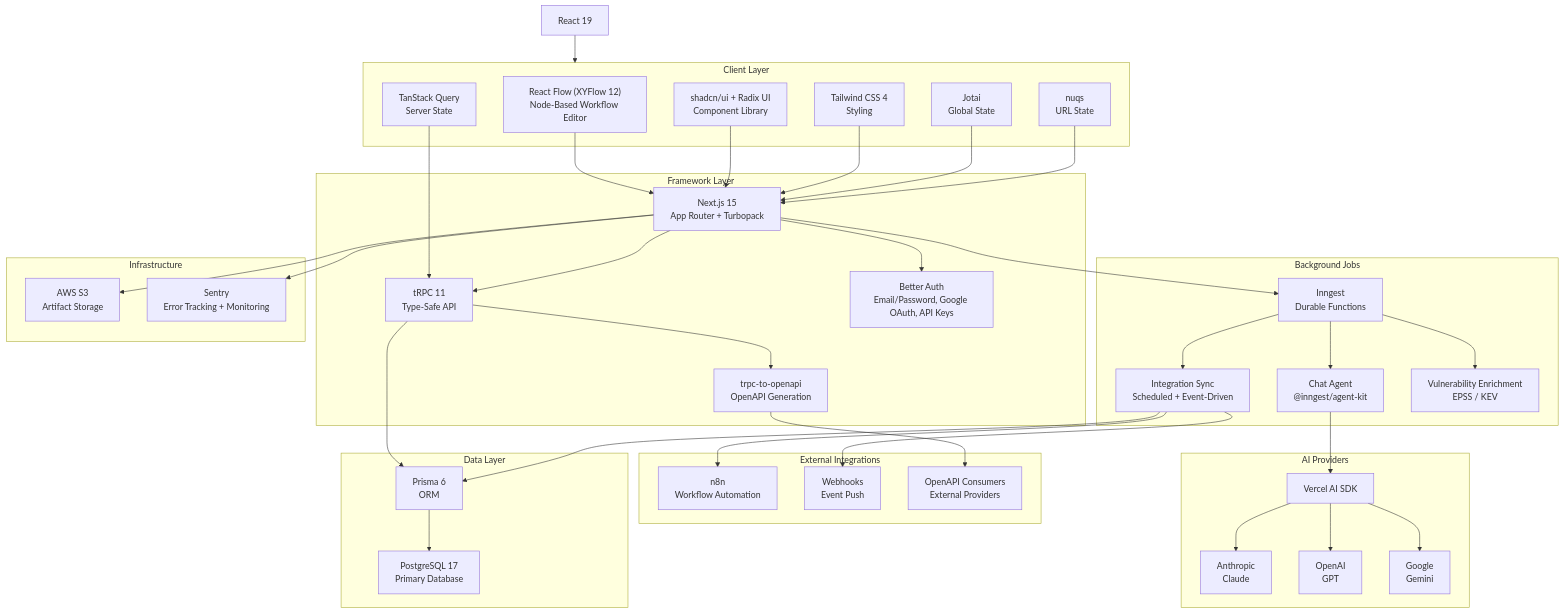
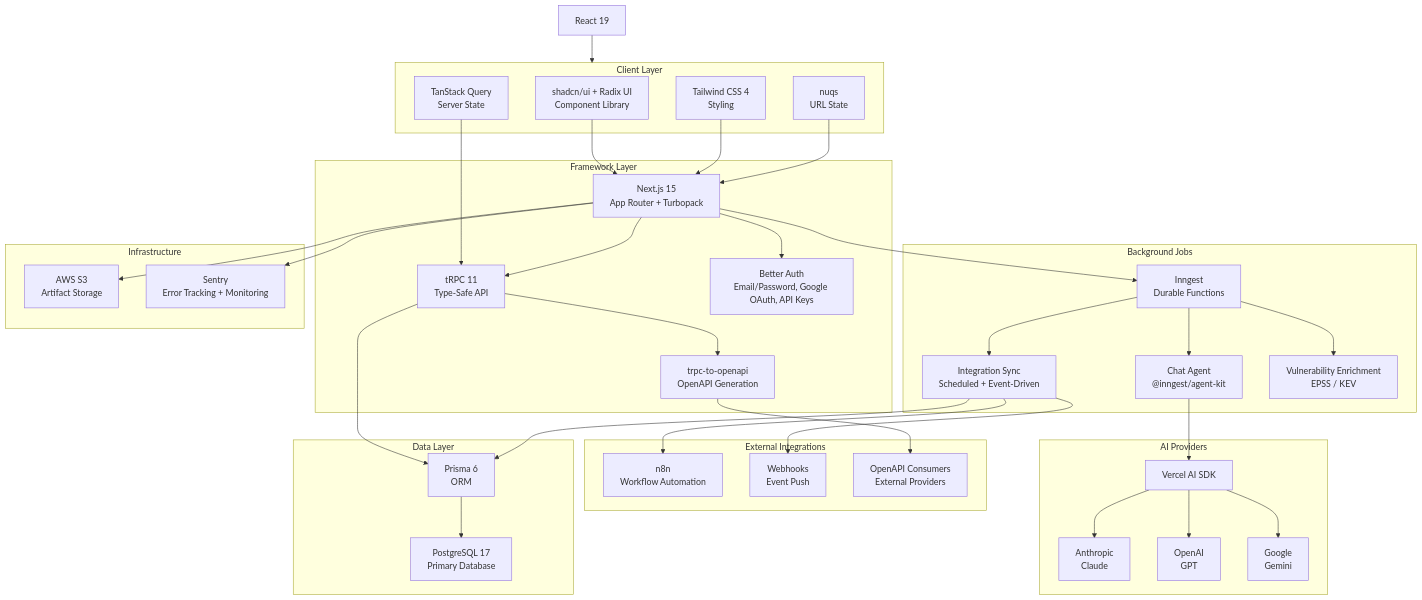
The first of 2 diagrams in docs/tech-stack.md (PATCH-UPGRADE/viper), drawn with Mermaid before and after one commit. The commit also changed other lines of this file, not shown here.

Commit message:
fix newlines

````diff
--- a/docs/tech-stack.md
+++ b/docs/tech-stack.md
@@ -5,80 +5,76 @@
 ```mermaid
 graph TB
     subgraph client ["Client Layer"]
-        ReactFlow["React Flow (XYFlow 12)\nNode-Based Workflow Editor"]
-        ShadcnUI["shadcn/ui + Radix UI\nComponent Library"]
-        TailwindCSS["Tailwind CSS 4\nStyling"]
-        Jotai["Jotai\nGlobal State"]
-        Nuqs["nuqs\nURL State"]
-        TanStackQuery["TanStack Query\nServer State"]
+        ShadcnUI["shadcn/ui + Radix UI<br/>Component Library"]
+        TailwindCSS["Tailwind CSS 4<br/>Styling"]
+        Nuqs["nuqs<br/>URL State"]
+        TanStackQuery["TanStack Query<br/>Server State"]
     end
 
     subgraph framework ["Framework Layer"]
-        NextJS["Next.js 15\nApp Router + Turbopack"]
-        TRPC["tRPC 11\nType-Safe API"]
-        OpenAPI["trpc-to-openapi\nOpenAPI Generation"]
-        BetterAuth["Better Auth\nEmail/Password, Google OAuth, API Keys"]
+        NextJS["Next.js 15<br/>App Router + Turbopack"]
+        TRPC["tRPC 11<br/>Type-Safe API"]
+        OpenAPI["trpc-to-openapi<br/>OpenAPI Generation"]
+        BetterAuth["Better Auth<br/>Email/Password, Google OAuth, API Keys"]
     end
 
     subgraph background ["Background Jobs"]
-        Inngest["Inngest\nDurable Functions"]
-        ChatAgent["Chat Agent\n@inngest/agent-kit"]
-        IntegrationSync["Integration Sync\nScheduled + Event-Driven"]
-        VulnEnrich["Vulnerability Enrichment\nEPSS / KEV"]
+        Inngest["Inngest<br/>Durable Functions"]
+        ChatAgent["Chat Agent<br/>@inngest/agent-kit"]
+        IntegrationSync["Integration Sync<br/>Scheduled + Event-Driven"]
+        VulnEnrich["Vulnerability Enrichment<br/>EPSS / KEV"]
     end
 
     subgraph ai ["AI Providers"]
         VercelAI["Vercel AI SDK"]
-        Anthropic["Anthropic\nClaude"]
-        OpenAIProvider["OpenAI\nGPT"]
-        Google["Google\nGemini"]
+        Anthropic["Anthropic<br/>Claude"]
+        OpenAIProvider["OpenAI<br/>GPT"]
+        Google["Google<br/>Gemini"]
     end
 
     subgraph external ["External Integrations"]
-        N8N["n8n\nWorkflow Automation"]
-        Webhooks["Webhooks\nEvent Push"]
-        ExternalAPI["OpenAPI Consumers\nExternal Providers"]
+        N8N["n8n<br/>Workflow Automation"]
+        Webhooks["Webhooks<br/>Event Push"]
+        ExternalAPI["OpenAPI Consumers<br/>External Providers"]
     end
 
     subgraph data ["Data Layer"]
-        Prisma["Prisma 6\nORM"]
-        PostgreSQL["PostgreSQL 17\nPrimary Database"]
+        Prisma["Prisma 6<br/>ORM"]
+        PostgreSQL["PostgreSQL 17<br/>Primary Database"]
     end
 
     subgraph infra ["Infrastructure"]
-        S3["AWS S3\nArtifact Storage"]
-        Sentry["Sentry\nError Tracking + Monitoring"]
+        S3["AWS S3<br/>Artifact Storage"]
+        Sentry["Sentry<br/>Error Tracking + Monitoring"]
     end
 
     React19["React 19"] --> client
 
-    ReactFlow --> NextJS
     ShadcnUI --> NextJS
     TailwindCSS --> NextJS
-    Jotai --> NextJS
     Nuqs --> NextJS
     TanStackQuery --> TRPC
 
     NextJS --> TRPC
     NextJS --> BetterAuth
     TRPC --> OpenAPI
     TRPC --> Prisma
     OpenAPI --> ExternalAPI
 
     NextJS --> Inngest
     Inngest --> ChatAgent
     Inngest --> IntegrationSync
     Inngest --> VulnEnrich
     ChatAgent --> VercelAI
     VercelAI --> Anthropic
     VercelAI --> OpenAIProvider
     VercelAI --> Google
 
     IntegrationSync --> N8N
     IntegrationSync --> Webhooks
     IntegrationSync --> Prisma
 
     Prisma --> PostgreSQL
     NextJS --> S3
     NextJS --> Sentry
 ```
````
